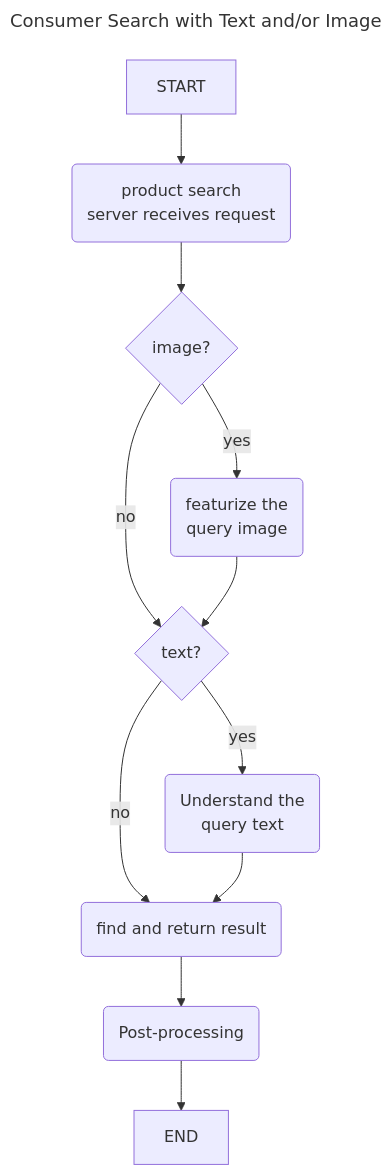
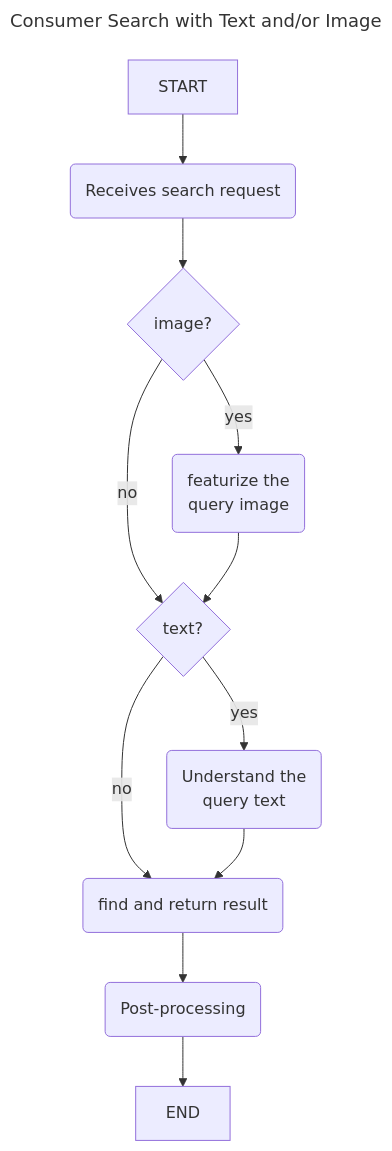
The diagram in 1_1_Multi-Search_text_and_image.md (zchangvs/diagram), drawn with Mermaid before and after one commit.

````diff
--- a/1_1_Multi-Search_text_and_image.md
+++ b/1_1_Multi-Search_text_and_image.md
@@ -1,25 +1,25 @@
 ```mermaid
 ---
 title: Consumer Search with Text and/or Image
 ---
 flowchart TD
 %%    ST[start] --> A[query text<br>and/or image]
 %%    A --> B{client side<br>widget}
 %%    B -->|yes| S(update<br>event tracking)
 %%    B --> |no| C[product search<br>server receives request]
-    ST[START]--> PS(product search<br>server receives request)
-    PS --> IQ{image?}
+    ST[START]--> RSR(Receives search request)
+    RSR --> IQ{image?}
     IQ--> |yes| FI(featurize the<br>query image)
     IQ --> |no| TQ{text?}
     FI --> TQ 
     TQ --> |yes| D1(Understand the<br>query text)
     TQ --> |no| E1(find and return result)
     D1 --> E1
 %%    D1 --> E1(search for<br>candidates)
 %%    E1 --> E2(Rerank & filter logic)
     E1 --> F(Post-processing)
 %%    F --> G(update statistics)
     F --> END[END] 
 
 
 ```
````
